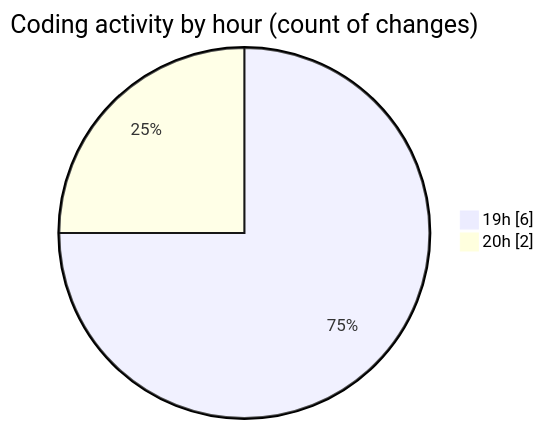
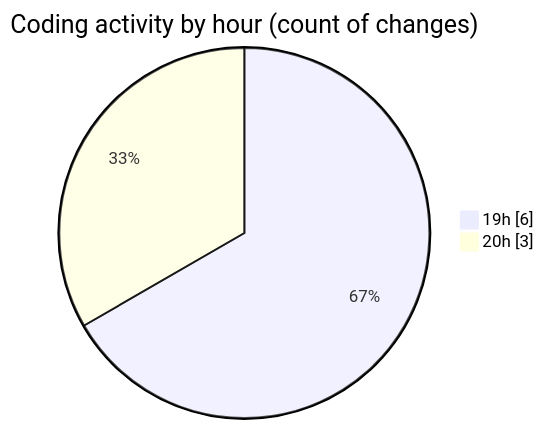
The second of 2 diagrams in 2025-04-23/heypy/README.md (Elitesun/code-tracking), drawn with Mermaid before and after one commit. The commit also changed other lines of this file and 1 other file, not shown here.

````diff
--- a/2025-04-23/heypy/README.md
+++ b/2025-04-23/heypy/README.md
@@ -34,6 +35,6 @@
 ```mermaid
 pie showData
 title Coding activity by hour (count of changes)
 "19h" : 6
-"20h" : 2
+"20h" : 3
 ```
````
